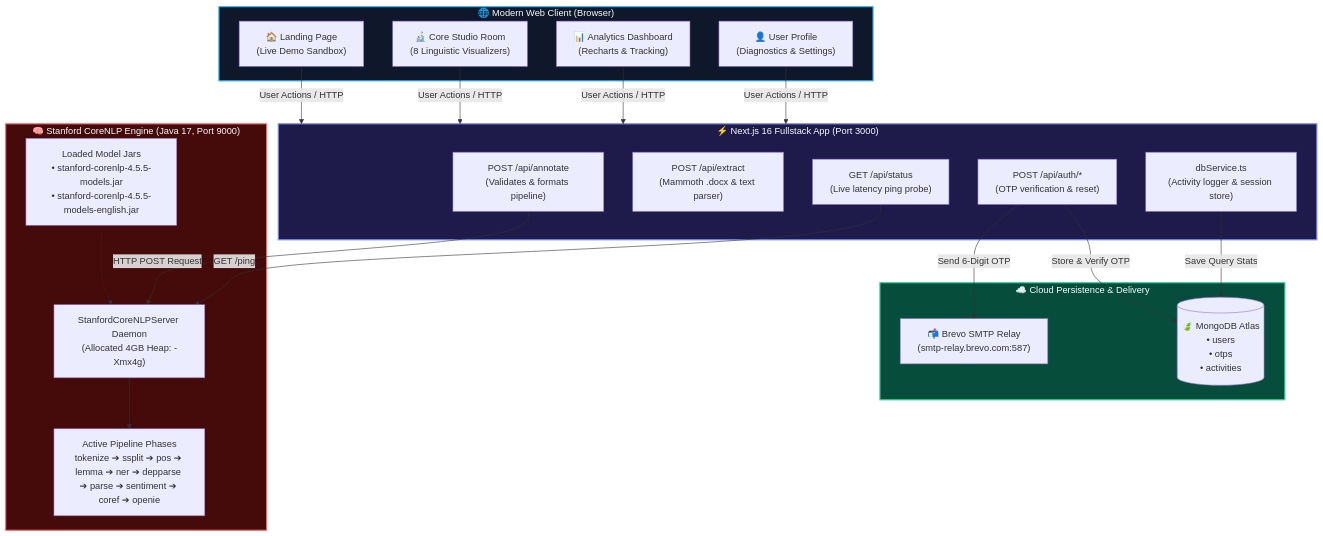
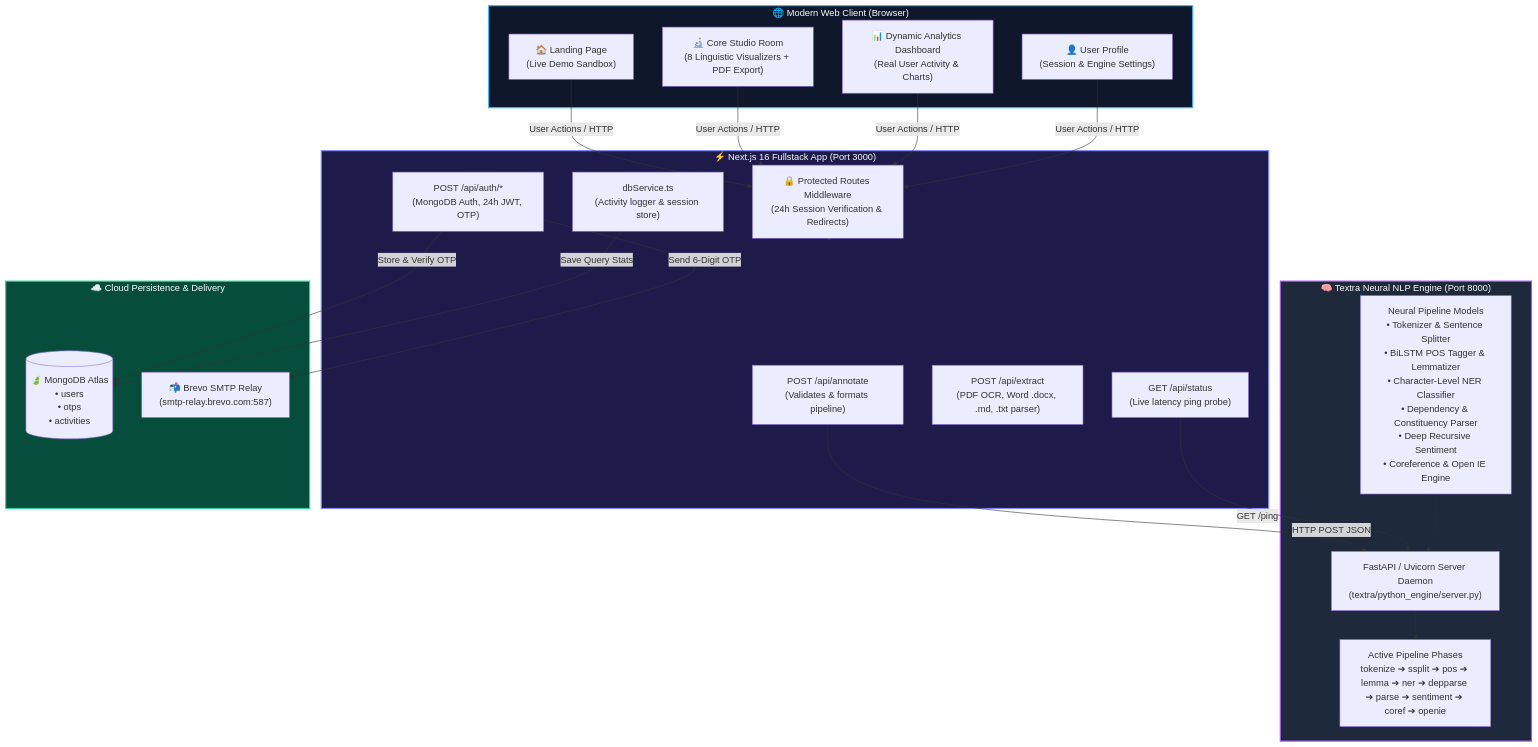
The first of 5 diagrams in README.md (Shaik673/Textra), drawn with Mermaid before and after one commit. The commit also changed other lines of this file and 26 other files, not shown here.

Commit message:
feat: enforce 24h protected routes, multi-format file OCR, PDF report export, and rebrand to Textra Neural Engine

````diff
--- a/README.md
+++ b/README.md
@@ -238,47 +235,49 @@
 ```mermaid
 graph TD
   %% Client Layer
   subgraph BROWSER [" 🌐 Modern Web Client (Browser) "]
     style BROWSER fill:#0f172a,stroke:#38bdf8,stroke-width:2px,color:#f8fafc
     Landing["🏠 Landing Page<br/>(Live Demo Sandbox)"]
-    Studio["🔬 Core Studio Room<br/>(8 Linguistic Visualizers)"]
-    Dashboard["📊 Analytics Dashboard<br/>(Recharts & Tracking)"]
-    Profile["👤 User Profile<br/>(Diagnostics & Settings)"]
+    Studio["🔬 Core Studio Room<br/>(8 Linguistic Visualizers + PDF Export)"]
+    Dashboard["📊 Dynamic Analytics Dashboard<br/>(Real User Activity & Charts)"]
+    Profile["👤 User Profile<br/>(Session & Engine Settings)"]
   end
 
   %% Next.js Fullstack Server
   subgraph NEXTJS [" ⚡ Next.js 16 Fullstack App (Port 3000) "]
     style NEXTJS fill:#1e1b4b,stroke:#818cf8,stroke-width:2px,color:#f8fafc
+    MW["🔒 Protected Routes Middleware<br/>(24h Session Verification & Redirects)"]
     API_Annotate["POST /api/annotate<br/>(Validates & formats pipeline)"]
-    API_Extract["POST /api/extract<br/>(Mammoth .docx & text parser)"]
+    API_Extract["POST /api/extract<br/>(PDF OCR, Word .docx, .md, .txt parser)"]
     API_Status["GET /api/status<br/>(Live latency ping probe)"]
-    API_Auth["POST /api/auth/*<br/>(OTP verification & reset)"]
+    API_Auth["POST /api/auth/*<br/>(MongoDB Auth, 24h JWT, OTP)"]
     DB_Layer["dbService.ts<br/>(Activity logger & session store)"]
   end
 
-  %% Stanford CoreNLP Java Daemon
-  subgraph CORENLP [" 🧠 Stanford CoreNLP Engine (Java 17, Port 9000) "]
-    style CORENLP fill:#450a0a,stroke:#f87171,stroke-width:2px,color:#f8fafc
-    Server["StanfordCoreNLPServer Daemon<br/>(Allocated 4GB Heap: -Xmx4g)"]
-    Models["Loaded Model Jars<br/>• stanford-corenlp-4.5.5-models.jar<br/>• stanford-corenlp-4.5.5-models-english.jar"]
+  %% In-Project Python Neural Engine
+  subgraph ENGINE [" 🧠 Textra Neural NLP Engine (Port 8000) "]
+    style ENGINE fill:#1e293b,stroke:#a855f7,stroke-width:2px,color:#f8fafc
+    Server["FastAPI / Uvicorn Server Daemon<br/>(textra/python_engine/server.py)"]
+    Models["Neural Pipeline Models<br/>• Tokenizer & Sentence Splitter<br/>• BiLSTM POS Tagger & Lemmatizer<br/>• Character-Level NER Classifier<br/>• Dependency & Constituency Parser<br/>• Deep Recursive Sentiment<br/>• Coreference & Open IE Engine"]
     Annotators["Active Pipeline Phases<br/>tokenize ➔ ssplit ➔ pos ➔ lemma ➔ ner ➔ depparse ➔ parse ➔ sentiment ➔ coref ➔ openie"]
   end
 
   %% External Cloud Services
   subgraph CLOUD [" ☁️ Cloud Persistence & Delivery "]
     style CLOUD fill:#064e3b,stroke:#34d399,stroke-width:2px,color:#f8fafc
     MongoDB[("🍃 MongoDB Atlas<br/>• users<br/>• otps<br/>• activities")]
     Brevo["📬 Brevo SMTP Relay<br/>(smtp-relay.brevo.com:587)"]
   end
 
   %% Connections
-  Landing & Studio & Dashboard & Profile -->|User Actions / HTTP| NEXTJS
-  API_Annotate -->|HTTP POST Request| Server
+  Landing & Studio & Dashboard & Profile -->|User Actions / HTTP| MW
+  MW --> NEXTJS
+  API_Annotate -->|HTTP POST JSON| Server
   API_Status -->|GET /ping| Server
   Server --> Annotators
   Models -.-> Server
 
   API_Auth -->|Send 6-Digit OTP| Brevo
   API_Auth -->|Store & Verify OTP| MongoDB
   DB_Layer -->|Save Query Stats| MongoDB
 ```
````
